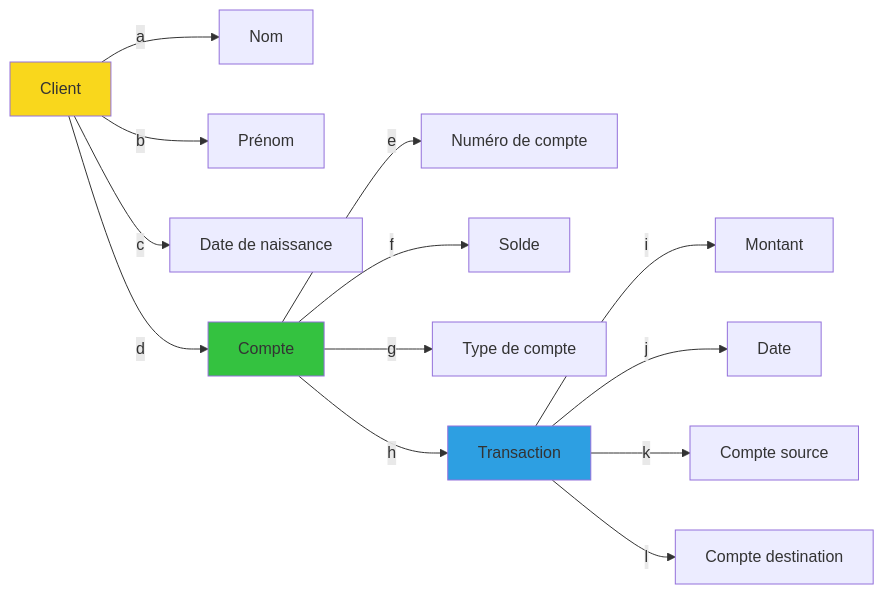
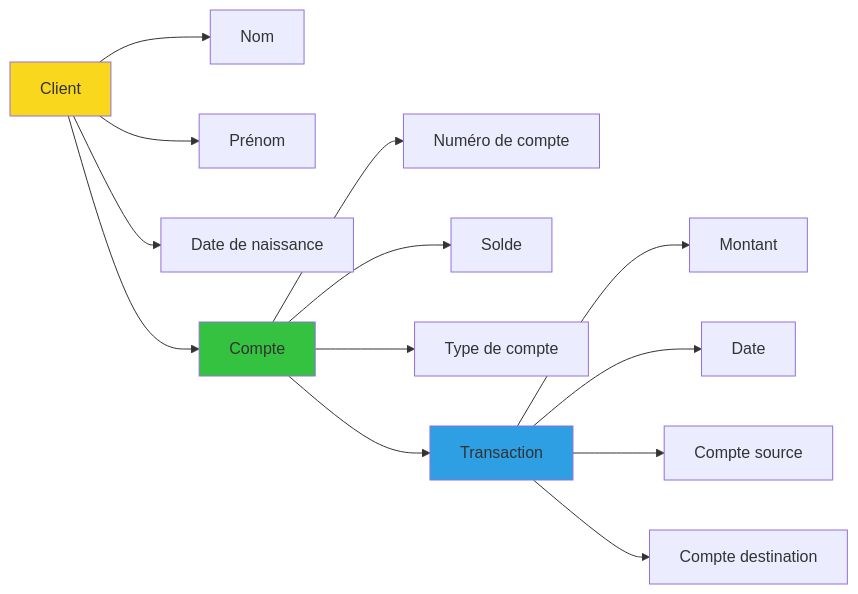
The second of 21 diagrams in README.md (Tan-Software/domain-driven-design), drawn with Mermaid before and after one commit. The commit also changed other lines of this file, not shown here.

Commit message:
(fix) Removed Mermaid unused graph LR nodes.

````diff
--- a/README.md
+++ b/README.md
@@ -97,20 +98,20 @@
 ```mermaid
 graph LR
   A[Client]
-  A -->|a| B[Nom]
-  A -->|b| C[Prénom]
-  A -->|c| D[Date de naissance]
-  A -->|d| E[Compte]
-  E -->|e| F[Numéro de compte]
-  E -->|f| G[Solde]
-  E -->|g| H[Type de compte]
-  E -->|h| I[Transaction]
-  I -->|i| J[Montant]
-  I -->|j| K[Date]
-  I -->|k| L[Compte source]
-  I -->|l| M[Compte destination]
+  A --> B[Nom]
+  A --> C[Prénom]
+  A --> D[Date de naissance]
+  A --> E[Compte]
+  E --> F[Numéro de compte]
+  E --> G[Solde]
+  E --> H[Type de compte]
+  E --> I[Transaction]
+  I --> J[Montant]
+  I --> K[Date]
+  I --> L[Compte source]
+  I --> M[Compte destination]
 
   style A fill:#f9d71c
   style E fill:#34c240
   style I fill:#2d9fe2
 ```
````
